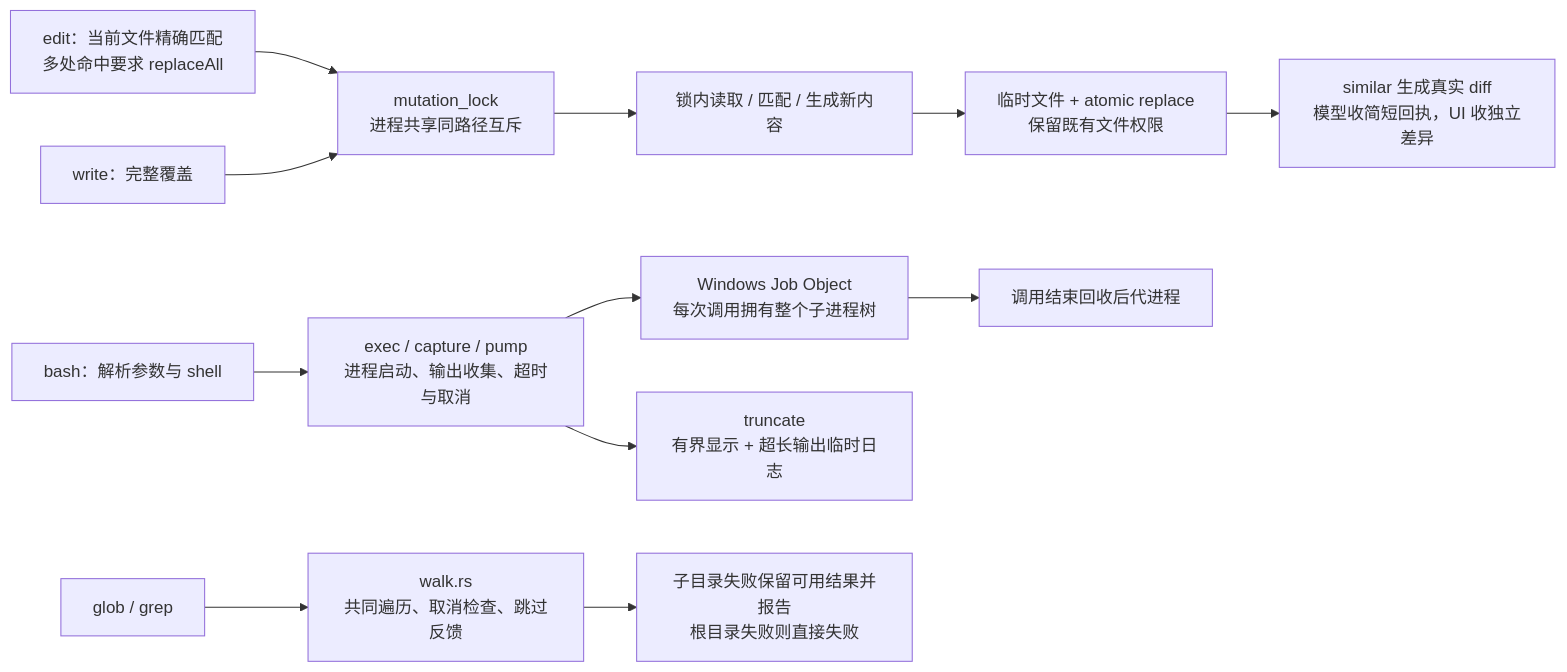
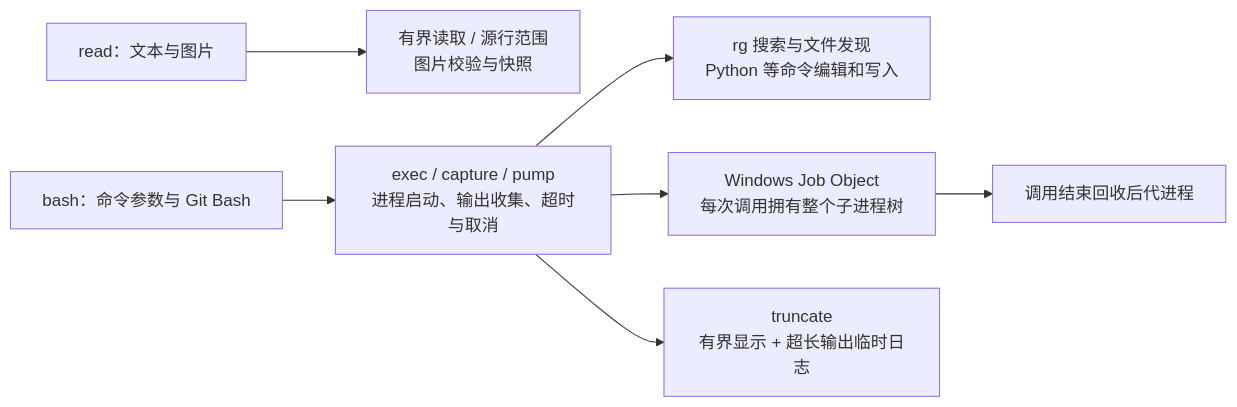
One commit to qjcnmd/singularity-agent changed diagram 25 of 29 in docs/architecture.md. Above: the diagram before and after it, drawn with Mermaid. The commit also changed other lines of this file and 34 other files, not shown here.

````diff
--- a/docs/architecture.md
+++ b/docs/architecture.md
@@ -751,14 +748,9 @@
 ```mermaid
 flowchart LR
-    Edit["edit：当前文件精确匹配<br/>多处命中要求 replaceAll"] --> Lock["mutation_lock<br/>进程共享同路径互斥"]
-    Write["write：完整覆盖"] --> Lock
-    Lock --> Read["锁内读取 / 匹配 / 生成新内容"]
-    Read --> Atomic["临时文件 + atomic replace<br/>保留既有文件权限"]
-    Atomic --> Diff["similar 生成真实 diff<br/>模型收简短回执，UI 收独立差异"]
-    Bash["bash：解析参数与 shell"] --> Exec["exec / capture / pump<br/>进程启动、输出收集、超时与取消"]
+    Read["read：文本与图片"] --> File["有界读取 / 源行范围<br/>图片校验与快照"]
+    Bash["bash：命令参数与 Git Bash"] --> Exec["exec / capture / pump<br/>进程启动、输出收集、超时与取消"]
+    Exec --> Commands["rg 搜索与文件发现<br/>Python 等命令编辑和写入"]
     Exec --> Tree["Windows Job Object<br/>每次调用拥有整个子进程树"]
     Tree --> Finish["调用结束回收后代进程"]
     Exec --> Truncate["truncate<br/>有界显示 + 超长输出临时日志"]
-    Search["glob / grep"] --> Walk["walk.rs<br/>共同遍历、取消检查、跳过反馈"]
-    Walk --> Partial["子目录失败保留可用结果并报告<br/>根目录失败则直接失败"]
 ```
````
